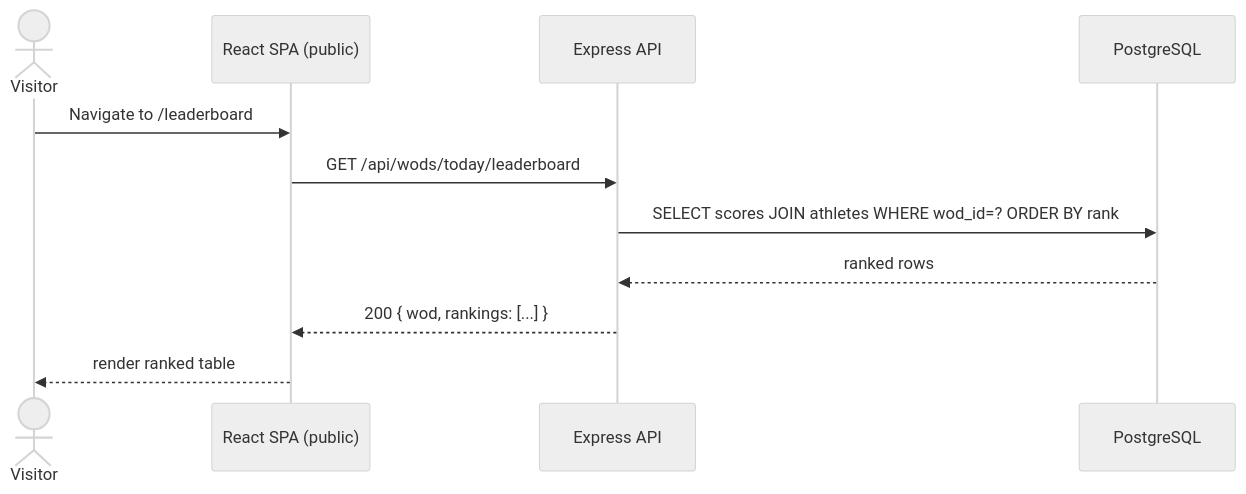
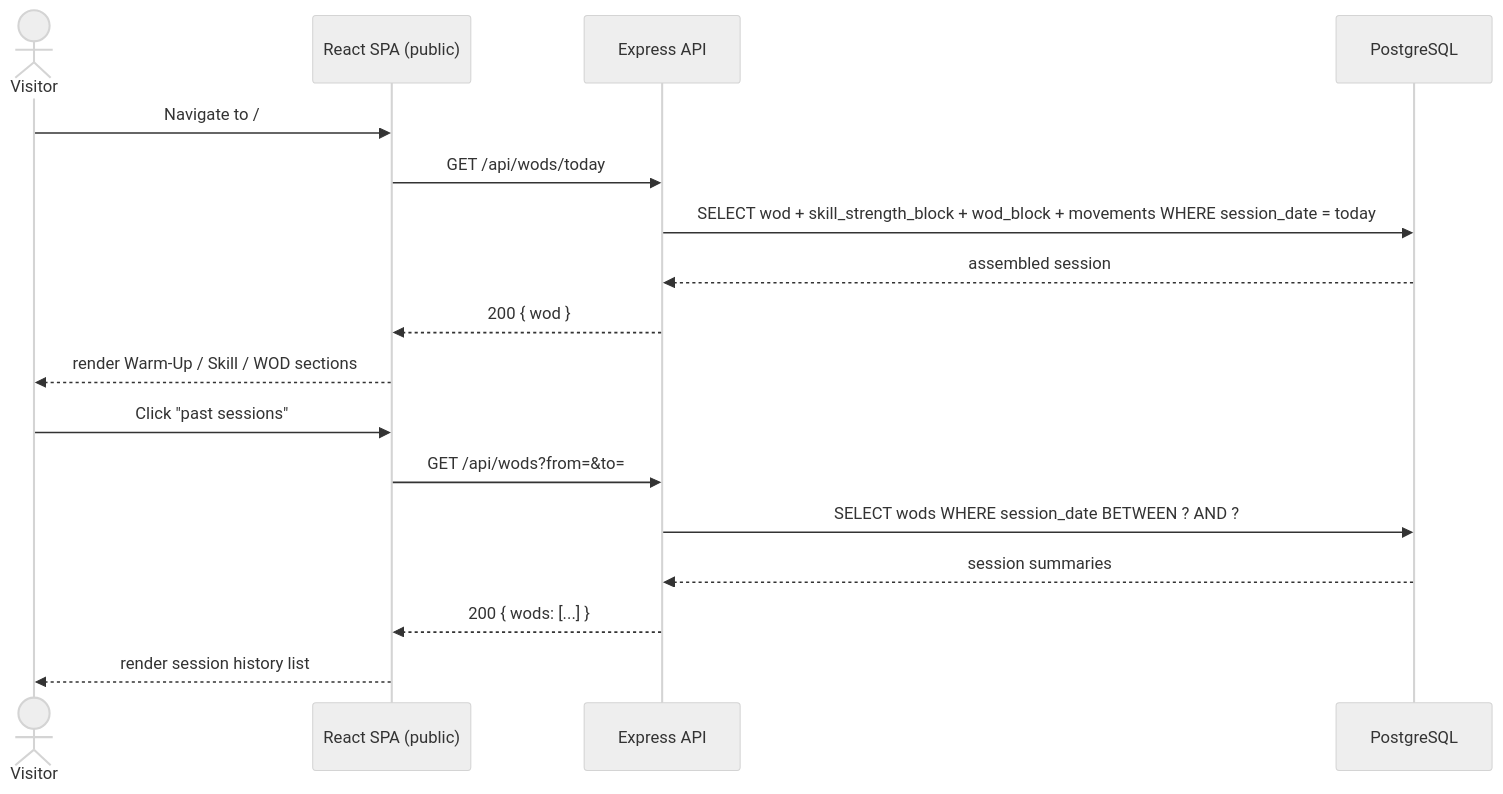
Before and after one commit to sharingankid/boxtrack: the fourth of 6 diagrams in docs/03-technical-documentation.md, drawn with Mermaid (neutral theme). The commit also changed other lines of this file and 2 other files, not shown here.

````diff
--- a/docs/03-technical-documentation.md
+++ b/docs/03-technical-documentation.md
@@ -260,14 +337,21 @@
 ```mermaid
 sequenceDiagram
     actor Visitor
     participant SPA as React SPA (public)
     participant API as Express API
     participant DB as PostgreSQL
 
-    Visitor->>SPA: Navigate to /leaderboard
-    SPA->>API: GET /api/wods/today/leaderboard
-    API->>DB: SELECT scores JOIN athletes WHERE wod_id=? ORDER BY rank
-    DB-->>API: ranked rows
-    API-->>SPA: 200 { wod, rankings: [...] }
-    SPA-->>Visitor: render ranked table
+    Visitor->>SPA: Navigate to /
+    SPA->>API: GET /api/wods/today
+    API->>DB: SELECT wod + skill_strength_block + wod_block + movements WHERE session_date = today
+    DB-->>API: assembled session
+    API-->>SPA: 200 { wod }
+    SPA-->>Visitor: render Warm-Up / Skill / WOD sections
+
+    Visitor->>SPA: Click "past sessions"
+    SPA->>API: GET /api/wods?from=&to=
+    API->>DB: SELECT wods WHERE session_date BETWEEN ? AND ?
+    DB-->>API: session summaries
+    API-->>SPA: 200 { wods: [...] }
+    SPA-->>Visitor: render session history list
 ```
````
